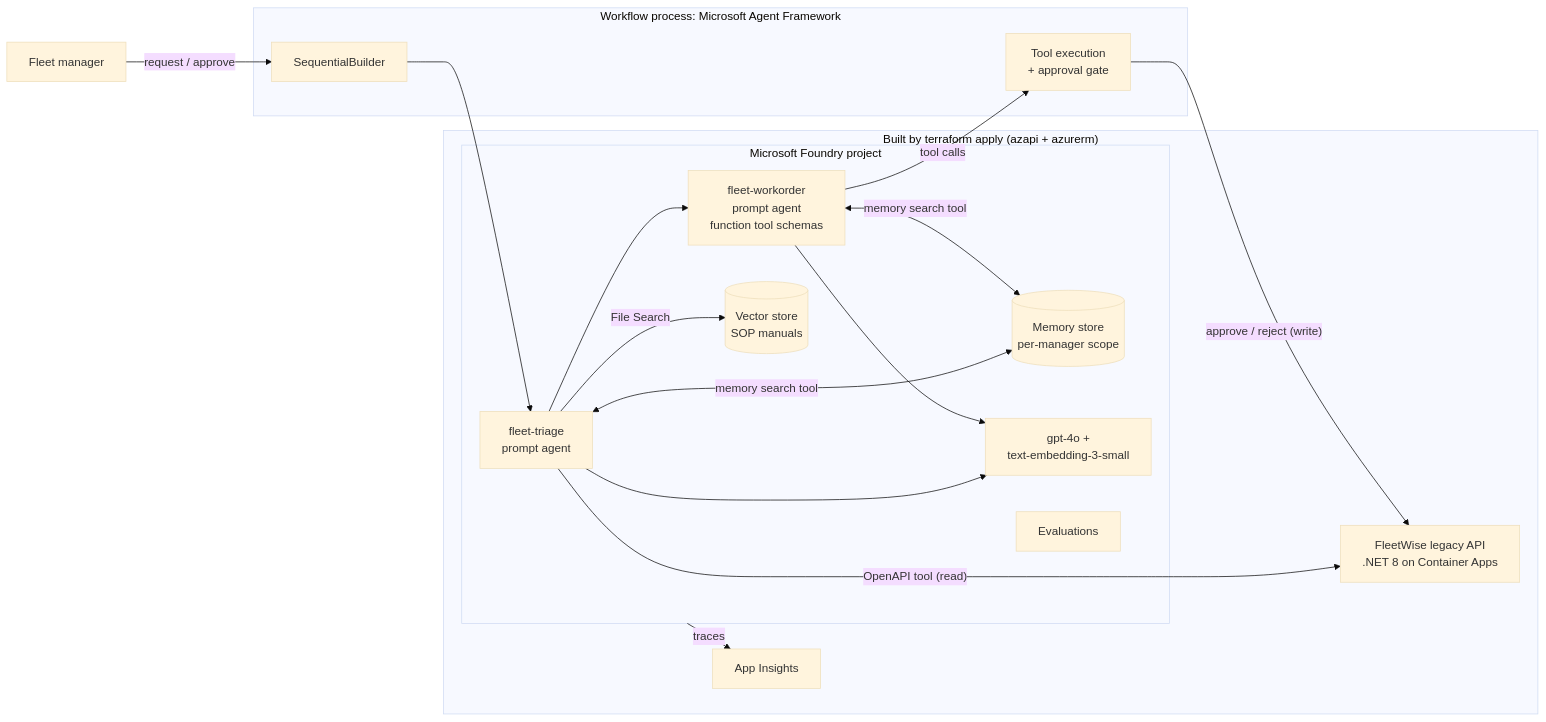
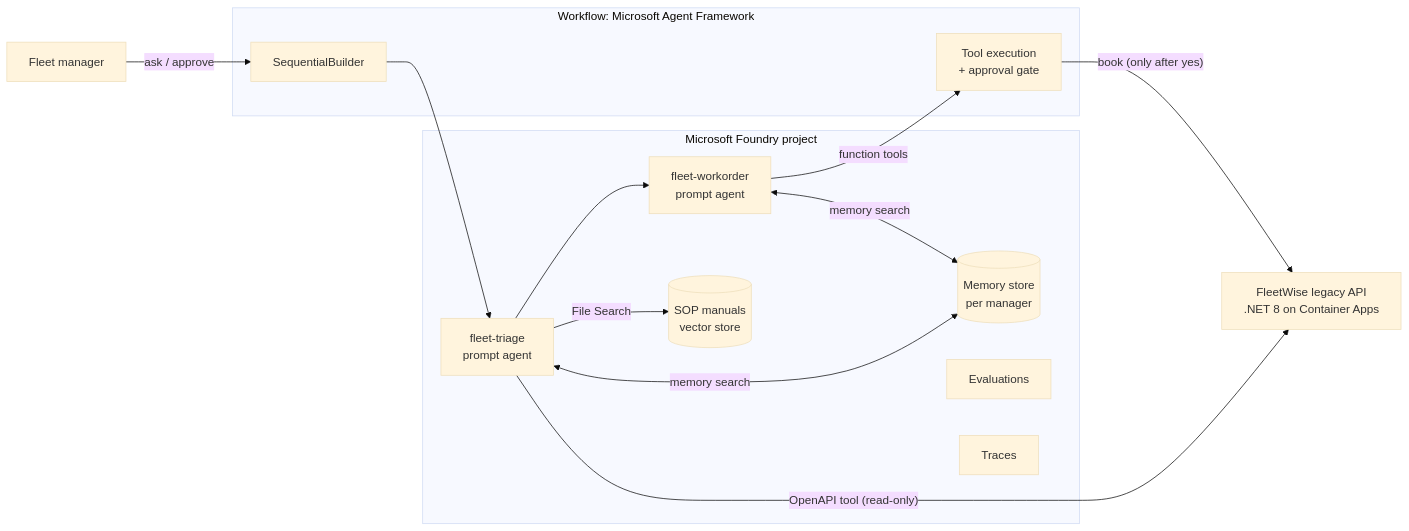
One commit to hkaanturgut/foundry-fleetwise-agents changed the first of 5 diagrams in README.md. Above: the diagram before and after it, drawn with Mermaid (base theme). The commit also changed other lines of this file and 8 other files, not shown here.

````diff
--- a/README.md
+++ b/README.md
@@ -38,29 +66,24 @@
 ```mermaid
 flowchart LR
     Mgr["Fleet manager"]
-    subgraph Proc["Workflow process: Microsoft Agent Framework"]
+    subgraph Proc["Workflow: Microsoft Agent Framework"]
         SEQ["SequentialBuilder"]
         EXE["Tool execution<br/>+ approval gate"]
     end
-    subgraph TF["Built by terraform apply (azapi + azurerm)"]
-        subgraph F["Microsoft Foundry project"]
-            TRI["fleet-triage<br/>prompt agent"]
-            WO["fleet-workorder<br/>prompt agent<br/>function tool schemas"]
-            MEM[("Memory store<br/>per-manager scope")]
-            VS[("Vector store<br/>SOP manuals")]
-            MD["gpt-4o +<br/>text-embedding-3-small"]
-            EV["Evaluations"]
-        end
-        API["FleetWise legacy API<br/>.NET 8 on Container Apps"]
-        AI["App Insights"]
+    subgraph F["Microsoft Foundry project"]
+        TRI["fleet-triage<br/>prompt agent"]
+        WO["fleet-workorder<br/>prompt agent"]
+        MEM[("Memory store<br/>per manager")]
+        VS[("SOP manuals<br/>vector store")]
+        EV["Evaluations"]
+        TR["Traces"]
     end
-    Mgr -- "request / approve" --> SEQ
+    API["FleetWise legacy API<br/>.NET 8 on Container Apps"]
+    Mgr -- "ask / approve" --> SEQ
     SEQ --> TRI --> WO
-    TRI -- "OpenAPI tool (read)" --> API
+    TRI -- "OpenAPI tool (read-only)" --> API
     TRI -- "File Search" --> VS
-    WO -- "tool calls" --> EXE
-    EXE -- "approve / reject (write)" --> API
-    TRI & WO <-- "memory search tool" --> MEM
-    TRI & WO --> MD
-    F -- traces --> AI
+    WO -- "function tools" --> EXE
+    EXE -- "book (only after yes)" --> API
+    TRI & WO <-- "memory search" --> MEM
 ```
````
